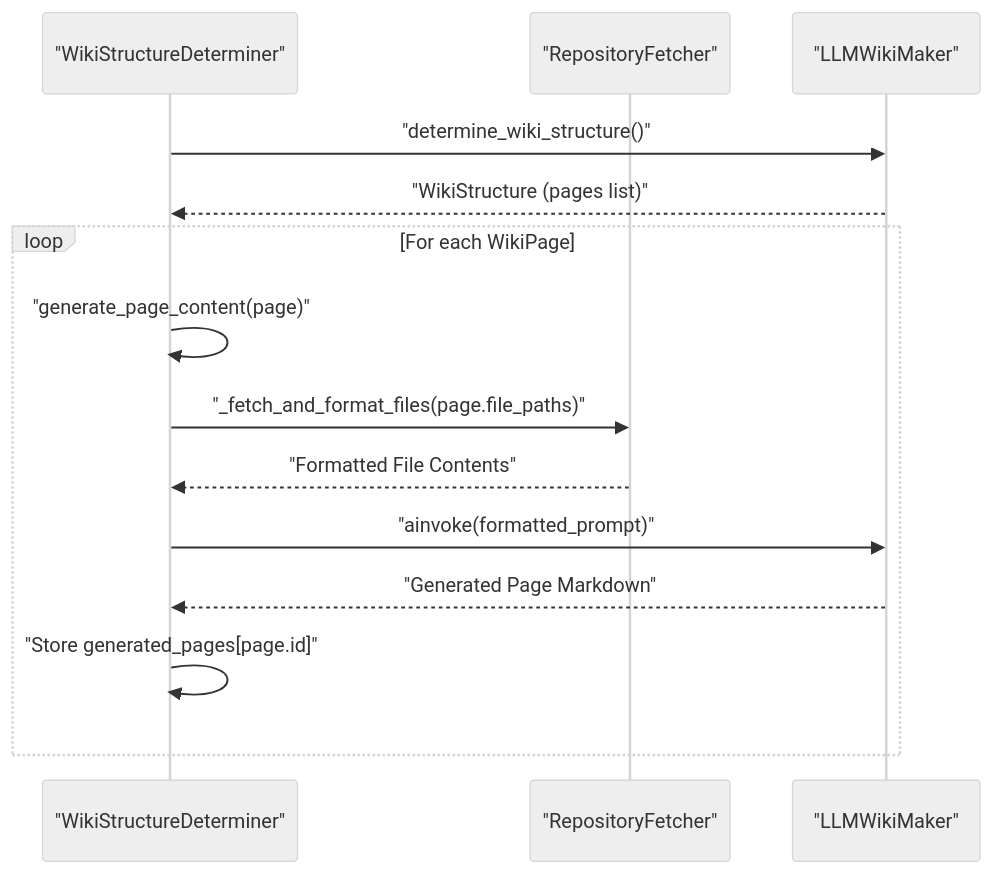
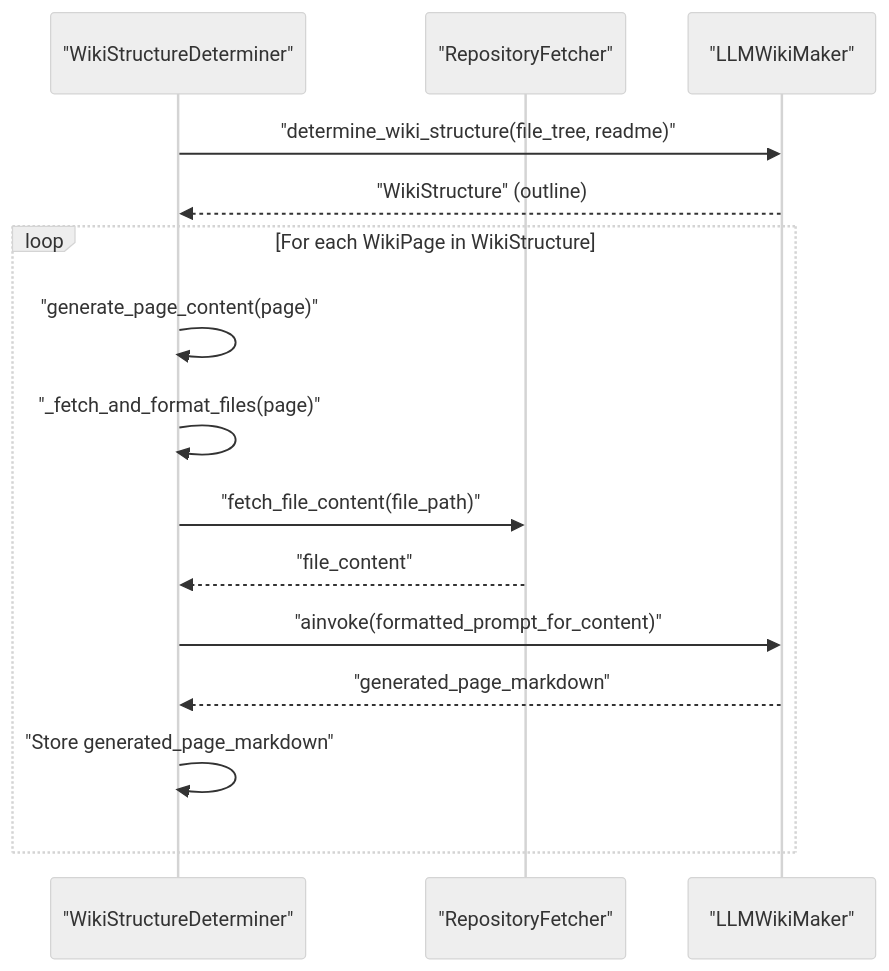
Before and after one commit to catuscio/wiki-as-readme: diagram 16 of 19 in examples/wiki_as_README.md, drawn with Mermaid (neutral theme). The commit also changed other lines of this file, not shown here.

Commit message:
✨📚 Update examples/wiki_as_README.md via Wiki-As-Readme Action (en)

````diff
--- a/examples/wiki_as_README.md
+++ b/examples/wiki_as_README.md
@@ -1833,18 +1902,19 @@
 ```mermaid
 sequenceDiagram
     participant WSD as "WikiStructureDeterminer"
     participant RF as "RepositoryFetcher"
     participant LLM as "LLMWikiMaker"
 
-    WSD->>LLM: "determine_wiki_structure()"
-    LLM-->>WSD: "WikiStructure (pages list)"
+    WSD->>LLM: "determine_wiki_structure(file_tree, readme)"
+    LLM-->>WSD: "WikiStructure" (outline)
 
-    loop For each WikiPage
+    loop For each WikiPage in WikiStructure
         WSD->>WSD: "generate_page_content(page)"
-        WSD->>RF: "_fetch_and_format_files(page.file_paths)"
-        RF-->>WSD: "Formatted File Contents"
-        WSD->>LLM: "ainvoke(formatted_prompt)"
-        LLM-->>WSD: "Generated Page Markdown"
-        WSD->>WSD: "Store generated_pages[page.id]"
+        WSD->>WSD: "_fetch_and_format_files(page)"
+        WSD->>RF: "fetch_file_content(file_path)"
+        RF-->>WSD: "file_content"
+        WSD->>LLM: "ainvoke(formatted_prompt_for_content)"
+        LLM-->>WSD: "generated_page_markdown"
+        WSD->>WSD: "Store generated_page_markdown"
     end
 ```
````
